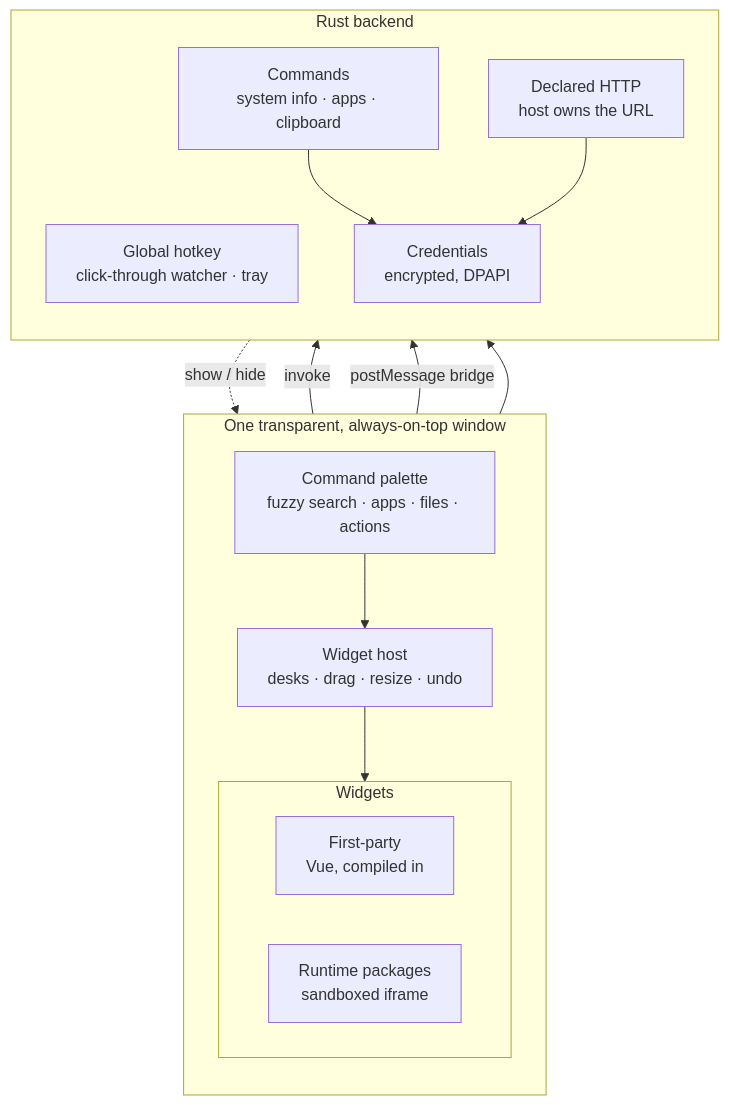
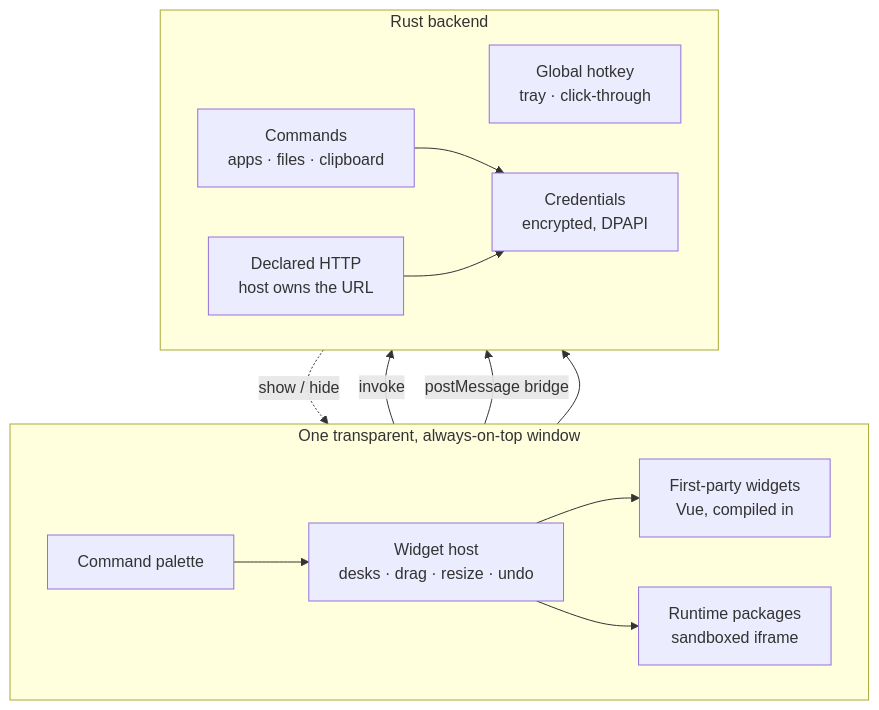
The diagram in README.md (kavibay/kavibay), drawn with Mermaid before and after one commit. The commit also changed other lines of this file, not shown here.

````diff
--- a/README.md
+++ b/README.md
@@ -20,30 +52,24 @@
 ```mermaid
 flowchart TB
     subgraph win["One transparent, always-on-top window"]
-        direction TB
-        palette["Command palette<br/>fuzzy search · apps · files · actions"]
-        host["Widget host<br/>desks · drag · resize · undo"]
-        subgraph widgets["Widgets"]
-            direction LR
-            fp["First-party<br/>Vue, compiled in"]
-            rt["Runtime packages<br/>sandboxed iframe"]
-        end
+        direction LR
+        palette["Command palette"] --> host["Widget host<br/>desks · drag · resize · undo"]
+        host --> fp["First-party widgets<br/>Vue, compiled in"]
+        host --> rt["Runtime packages<br/>sandboxed iframe"]
     end
 
     subgraph rust["Rust backend"]
-        direction TB
-        hotkey["Global hotkey<br/>click-through watcher · tray"]
-        cmds["Commands<br/>system info · apps · clipboard"]
+        direction LR
+        hotkey["Global hotkey<br/>tray · click-through"]
+        cmds["Commands<br/>apps · files · clipboard"]
         net["Declared HTTP<br/>host owns the URL"]
         creds["Credentials<br/>encrypted, DPAPI"]
     end
 
-    palette --> host
-    host --> widgets
-    fp -- "invoke" --> cmds
-    rt -- "postMessage bridge" --> net
+    fp -- invoke --> cmds
+    rt -- postMessage bridge --> net
     fp --> net
     cmds --> creds
     net --> creds
-    hotkey -. "show / hide" .-> win
+    hotkey -. show / hide .-> win
 ```
````
